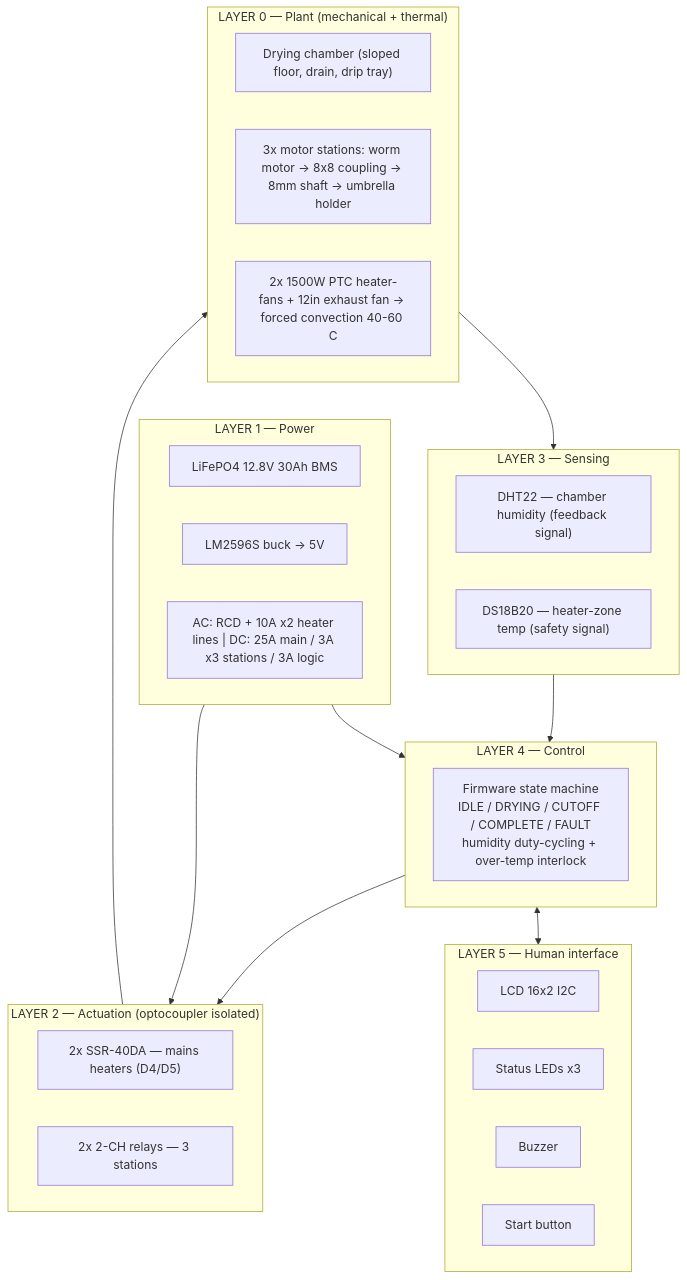
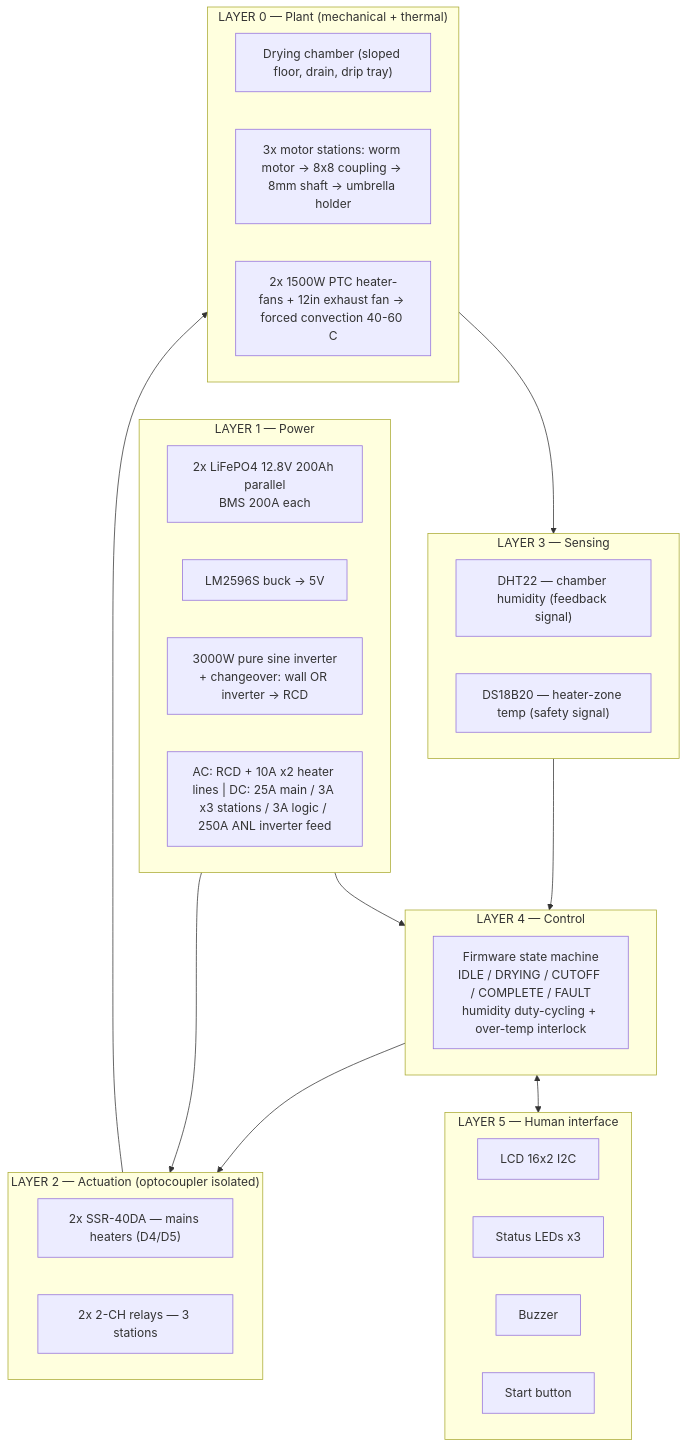
The first of 2 diagrams in docs/SYSTEM-ARCHITECTURE.md (qppd/umbrella-dryer-v2), drawn with Mermaid before and after one commit. The commit also changed other lines of this file and 13 other files, not shown here.

First line of the commit message:
Rev 6: dual-source power — wall outlet OR 3000W pure sine inverter via changeover switch

````diff
--- a/docs/SYSTEM-ARCHITECTURE.md
+++ b/docs/SYSTEM-ARCHITECTURE.md
@@ -7,38 +7,39 @@
 ```mermaid
 flowchart TD
     subgraph L5["LAYER 5 — Human interface"]
         LCD["LCD 16x2 I2C"]
         LED["Status LEDs x3"]
         BUZ["Buzzer"]
         BTN["Start button"]
     end
     subgraph L4["LAYER 4 — Control"]
         FW["Firmware state machine<br/>IDLE / DRYING / CUTOFF / COMPLETE / FAULT<br/>humidity duty-cycling + over-temp interlock"]
     end
     subgraph L3["LAYER 3 — Sensing"]
         DHT22b["DHT22 — chamber humidity (feedback signal)"]
         DS18b["DS18B20 — heater-zone temp (safety signal)"]
     end
     subgraph L2["LAYER 2 — Actuation (optocoupler isolated)"]
         RH["2x SSR-40DA — mains heaters (D4/D5)"]
         RM["2x 2-CH relays — 3 stations"]
     end
     subgraph L1["LAYER 1 — Power"]
-        BAT["LiFePO4 12.8V 30Ah BMS"]
+        BAT["2x LiFePO4 12.8V 200Ah parallel<br/>BMS 200A each"]
         BUCK["LM2596S buck -> 5V"]
-        FUSES["AC: RCD + 10A x2 heater lines | DC: 25A main / 3A x3 stations / 3A logic"]
+        INV["3000W pure sine inverter<br/>+ changeover: wall OR inverter -> RCD"]
+        FUSES["AC: RCD + 10A x2 heater lines | DC: 25A main / 3A x3 stations / 3A logic / 250A ANL inverter feed"]
     end
     subgraph L0["LAYER 0 — Plant (mechanical + thermal)"]
         CH["Drying chamber (sloped floor, drain, drip tray)"]
         ST["3x motor stations: worm motor -> 8x8 coupling -> 8mm shaft -> umbrella holder"]
         HEAT["2x 1500W PTC heater-fans + 12in exhaust fan -> forced convection 40-60 C"]
     end
 
     L0 --> L3
     L3 --> L4
     L4 --> L2
     L2 --> L0
     L1 --> L2
     L1 --> L4
     L4 <--> L5
 ```
````
